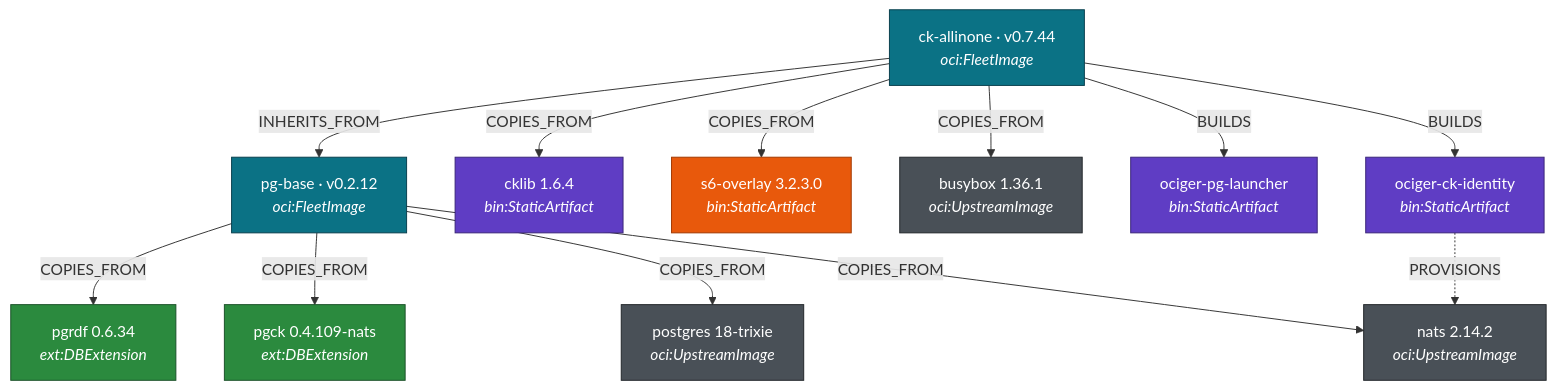
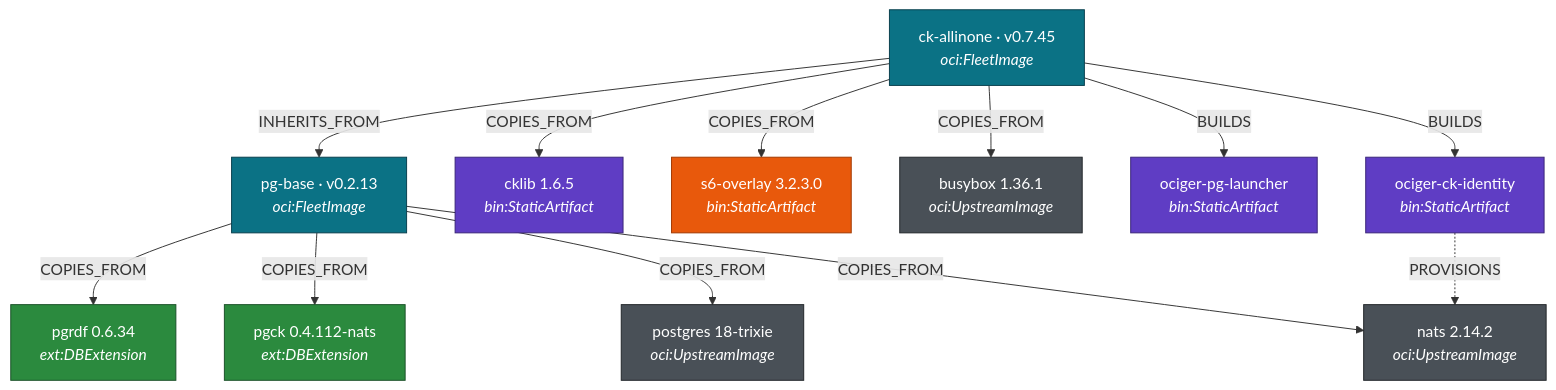
Before and after one commit to sporaxis-com/oci-germination: the diagram in README.md, drawn with Mermaid. The commit also changed other lines of this file and 6 other files, not shown here.

````diff
--- a/README.md
+++ b/README.md
@@ -102,32 +102,32 @@
 ```mermaid
 graph TD
-  ck["ck-allinone · v0.7.44<br/><i>oci:FleetImage</i>"]:::fleet
-  base["pg-base · v0.2.12<br/><i>oci:FleetImage</i>"]:::fleet
+  ck["ck-allinone · v0.7.45<br/><i>oci:FleetImage</i>"]:::fleet
+  base["pg-base · v0.2.13<br/><i>oci:FleetImage</i>"]:::fleet
   pgrdf["pgrdf 0.6.34<br/><i>ext:DBExtension</i>"]:::ext
-  pgck["pgck 0.4.109-nats<br/><i>ext:DBExtension</i>"]:::ext
-  cklib["cklib 1.6.4<br/><i>bin:StaticArtifact</i>"]:::art
+  pgck["pgck 0.4.112-nats<br/><i>ext:DBExtension</i>"]:::ext
+  cklib["cklib 1.6.5<br/><i>bin:StaticArtifact</i>"]:::art
   s6["s6-overlay 3.2.3.0<br/><i>bin:StaticArtifact</i>"]:::warn
   bb["busybox 1.36.1<br/><i>oci:UpstreamImage</i>"]:::up
   pg["postgres 18-trixie<br/><i>oci:UpstreamImage</i>"]:::up
   nats["nats 2.14.2<br/><i>oci:UpstreamImage</i>"]:::up
   launcher["ociger-pg-launcher<br/><i>bin:StaticArtifact</i>"]:::art
   ident["ociger-ck-identity<br/><i>bin:StaticArtifact</i>"]:::art
 
   base -->|COPIES_FROM| pgrdf
   base -->|COPIES_FROM| pgck
   base -->|COPIES_FROM| pg
   base -->|COPIES_FROM| nats
   ck -->|INHERITS_FROM| base
   ck -->|COPIES_FROM| cklib
   ck -->|COPIES_FROM| bb
   ck -->|COPIES_FROM| s6
   ck -->|BUILDS| launcher
   ck -->|BUILDS| ident
   ident -.->|PROVISIONS| nats
 
   classDef fleet fill:#0b7285,stroke:#083f4d,color:#fff;
   classDef ext fill:#2b8a3e,stroke:#1a5028,color:#fff;
   classDef art fill:#5f3dc4,stroke:#3a2578,color:#fff;
   classDef up fill:#495057,stroke:#212529,color:#fff;
   classDef warn fill:#e8590c,stroke:#a03800,color:#fff;
 ```
````
